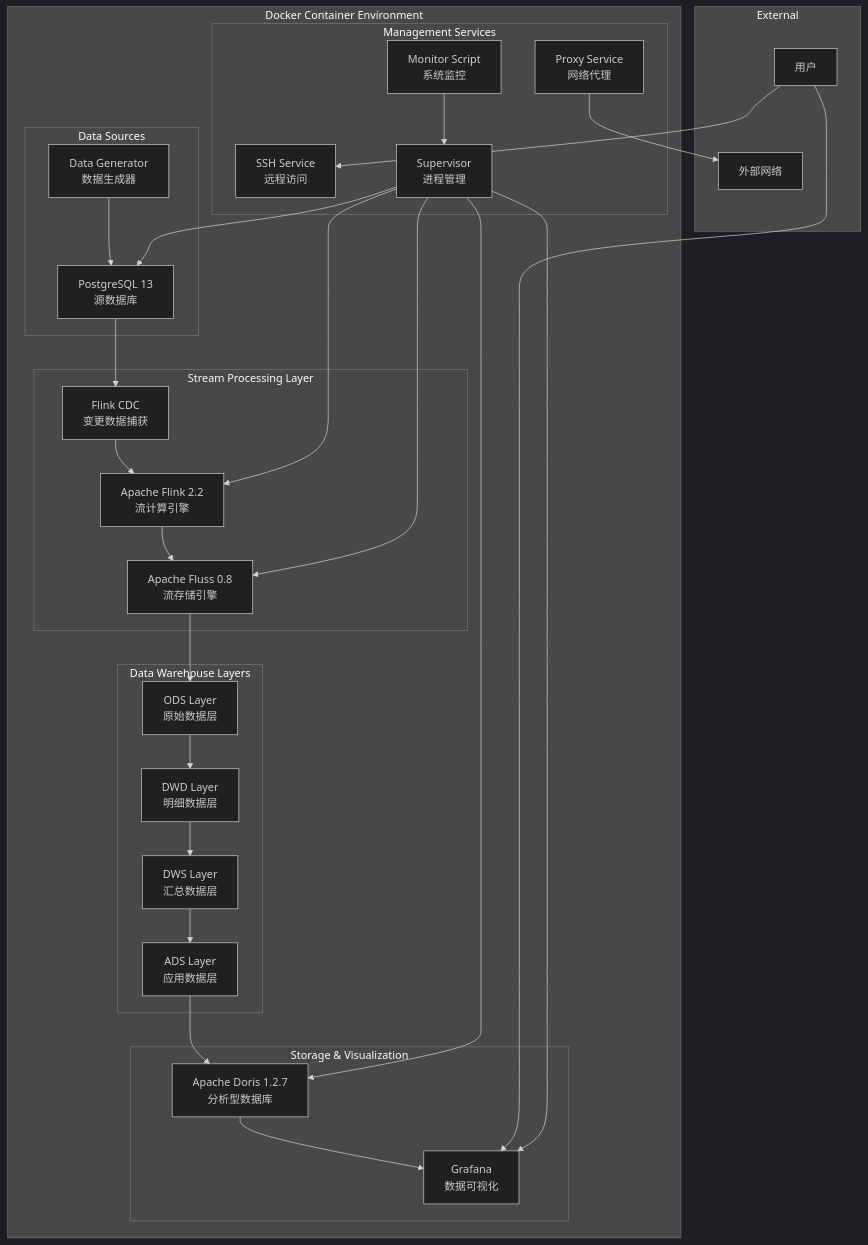
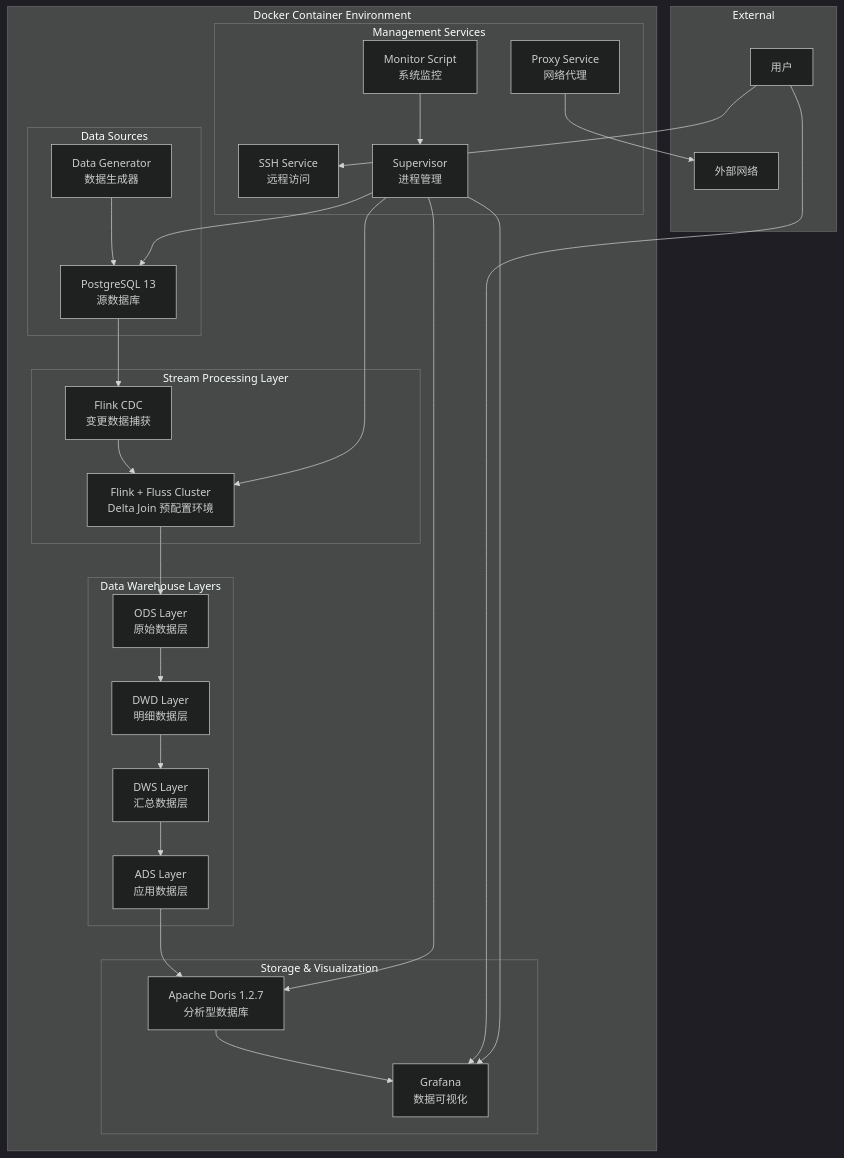
Before and after one commit to xiqing21/fluss-task: the first of 2 diagrams in .kiro/specs/power-grid-realtime-warehouse/design.md, drawn with Mermaid (dark theme). The commit also changed other lines of this file and 10 other files, not shown here.

First line of the commit message:
feat(architecture): Integrate Flink + Fluss Delta Join cluster

````diff
--- a/.kiro/specs/power-grid-realtime-warehouse/design.md
+++ b/.kiro/specs/power-grid-realtime-warehouse/design.md
@@ -20,60 +20,57 @@
 ```mermaid
 graph TB
     subgraph "Docker Container Environment"
         subgraph "Data Sources"
             PG[PostgreSQL 13<br/>源数据库]
             DG[Data Generator<br/>数据生成器]
         end
         
         subgraph "Stream Processing Layer"
             CDC[Flink CDC<br/>变更数据捕获]
-            FLINK[Apache Flink 2.2<br/>流计算引擎]
-            FLUSS[Apache Fluss 0.8<br/>流存储引擎]
+            FLINK_FLUSS[Flink + Fluss Cluster<br/>Delta Join 预配置环境]
         end
         
         subgraph "Data Warehouse Layers"
             ODS[ODS Layer<br/>原始数据层]
             DWD[DWD Layer<br/>明细数据层]
             DWS[DWS Layer<br/>汇总数据层]
             ADS[ADS Layer<br/>应用数据层]
         end
         
         subgraph "Storage & Visualization"
             DORIS[Apache Doris 1.2.7<br/>分析型数据库]
             GRAFANA[Grafana<br/>数据可视化]
         end
         
         subgraph "Management Services"
             SSH[SSH Service<br/>远程访问]
             SUPERVISOR[Supervisor<br/>进程管理]
             MONITOR[Monitor Script<br/>系统监控]
             PROXY[Proxy Service<br/>网络代理]
         end
     end
     
     subgraph "External"
         USER[用户]
         NETWORK[外部网络]
     end
     
     DG --> PG
     PG --> CDC
-    CDC --> FLINK
-    FLINK --> FLUSS
-    FLUSS --> ODS
+    CDC --> FLINK_FLUSS
+    FLINK_FLUSS --> ODS
     ODS --> DWD
     DWD --> DWS
     DWS --> ADS
     ADS --> DORIS
     DORIS --> GRAFANA
     
     USER --> SSH
     USER --> GRAFANA
     PROXY --> NETWORK
-    SUPERVISOR --> FLINK
-    SUPERVISOR --> FLUSS
+    SUPERVISOR --> FLINK_FLUSS
     SUPERVISOR --> PG
     SUPERVISOR --> DORIS
     SUPERVISOR --> GRAFANA
     MONITOR --> SUPERVISOR
 ```
````
